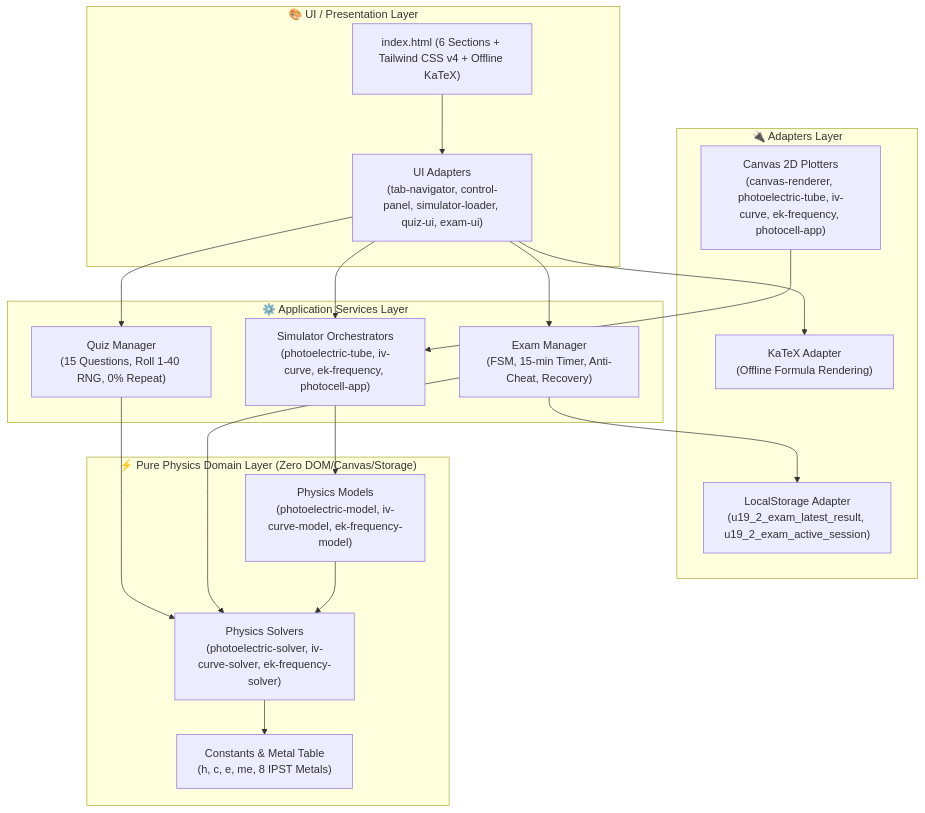
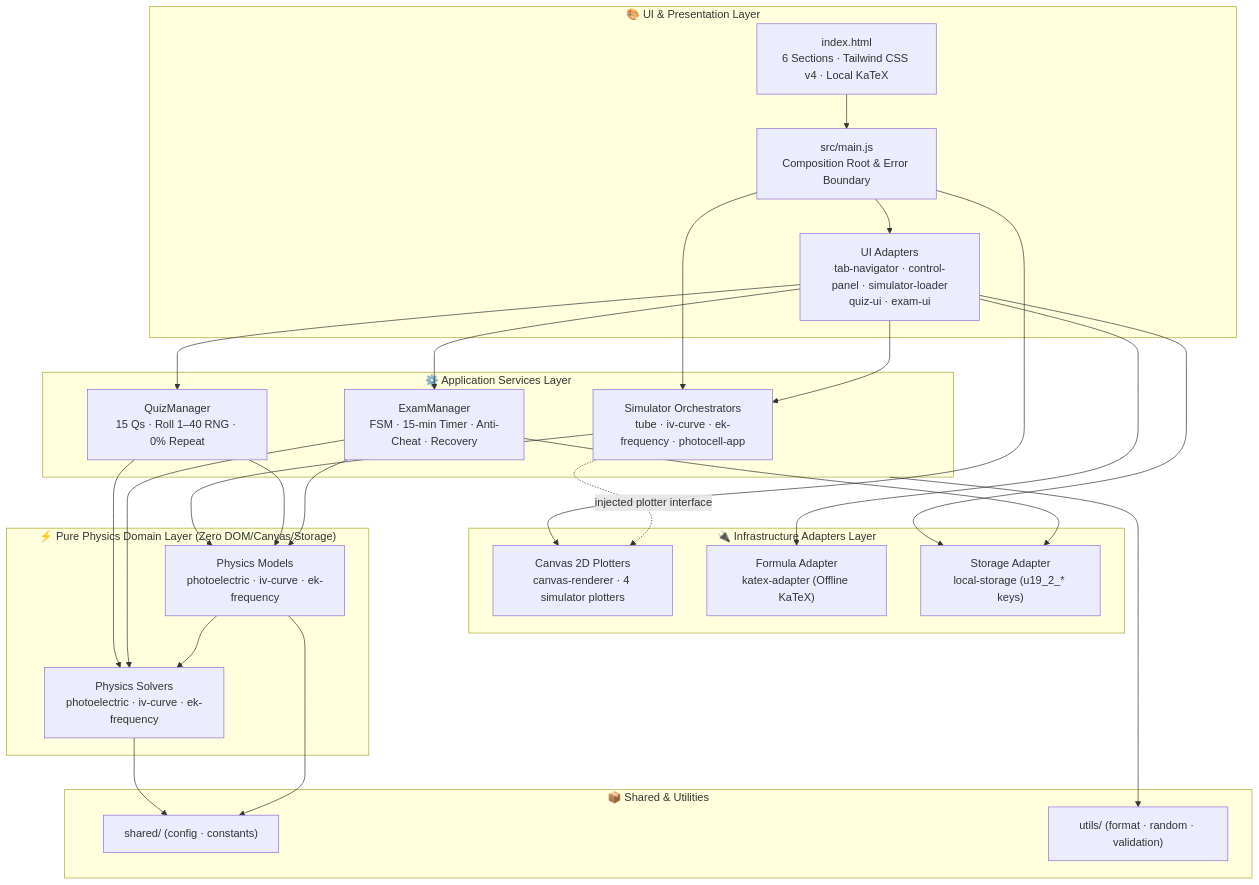
The diagram in README.md (Nopphorn-Somboonchai/Unit-19-Physics-Atom-19.2), drawn with Mermaid before and after one commit. The commit also changed other lines of this file, not shown here.

````diff
--- a/README.md
+++ b/README.md
@@ -128,38 +183,51 @@
 ```mermaid
 flowchart TD
-    subgraph UI_Layer["🎨 UI / Presentation Layer"]
-        HTML["index.html (6 Sections + Tailwind CSS v4 + Offline KaTeX)"]
-        UI_Adapters["UI Adapters\n(tab-navigator, control-panel, simulator-loader, quiz-ui, exam-ui)"]
+    subgraph UI["🎨 UI & Presentation Layer"]
+        HTML["index.html<br/>6 Sections · Tailwind CSS v4 · Local KaTeX"]
+        Main["src/main.js<br/>Composition Root & Error Boundary"]
+        UIAdapters["UI Adapters<br/>tab-navigator · control-panel · simulator-loader<br/>quiz-ui · exam-ui"]
     end
 
-    subgraph Adapters_Layer["🔌 Adapters Layer"]
-        CanvasPlotters["Canvas 2D Plotters\n(canvas-renderer, photoelectric-tube, iv-curve, ek-frequency, photocell-app)"]
-        StorageAdapter["LocalStorage Adapter\n(u19_2_exam_latest_result, u19_2_exam_active_session)"]
-        FormulaAdapter["KaTeX Adapter\n(Offline Formula Rendering)"]
+    subgraph Adapters["🔌 Infrastructure Adapters Layer"]
+        Canvas["Canvas 2D Plotters<br/>canvas-renderer · 4 simulator plotters"]
+        Formula["Formula Adapter<br/>katex-adapter (Offline KaTeX)"]
+        Storage["Storage Adapter<br/>local-storage (u19_2_* keys)"]
     end
 
-    subgraph App_Layer["⚙️ Application Services Layer"]
-        SimOrchestrators["Simulator Orchestrators\n(photoelectric-tube, iv-curve, ek-frequency, photocell-app)"]
-        QuizManager["Quiz Manager\n(15 Questions, Roll 1-40 RNG, 0% Repeat)"]
-        ExamManager["Exam Manager\n(FSM, 15-min Timer, Anti-Cheat, Recovery)"]
+    subgraph App["⚙️ Application Services Layer"]
+        Simulators["Simulator Orchestrators<br/>tube · iv-curve · ek-frequency · photocell-app"]
+        Quiz["QuizManager<br/>15 Qs · Roll 1–40 RNG · 0% Repeat"]
+        Exam["ExamManager<br/>FSM · 15-min Timer · Anti-Cheat · Recovery"]
     end
 
-    subgraph Domain_Layer["⚡ Pure Physics Domain Layer (Zero DOM/Canvas/Storage)"]
-        Solvers["Physics Solvers\n(photoelectric-solver, iv-curve-solver, ek-frequency-solver)"]
-        Models["Physics Models\n(photoelectric-model, iv-curve-model, ek-frequency-model)"]
-        Constants["Constants & Metal Table\n(h, c, e, me, 8 IPST Metals)"]
+    subgraph Domain["⚡ Pure Physics Domain Layer (Zero DOM/Canvas/Storage)"]
+        Models["Physics Models<br/>photoelectric · iv-curve · ek-frequency"]
+        Solvers["Physics Solvers<br/>photoelectric · iv-curve · ek-frequency"]
     end
 
-    HTML --> UI_Adapters
-    UI_Adapters --> SimOrchestrators
-    UI_Adapters --> QuizManager
-    UI_Adapters --> ExamManager
-    UI_Adapters --> FormulaAdapter
-    CanvasPlotters --> SimOrchestrators
-    ExamManager --> StorageAdapter
-    SimOrchestrators --> Models
-    QuizManager --> Solvers
-    ExamManager --> Solvers
+    subgraph Core["📦 Shared & Utilities"]
+        Shared["shared/ (config · constants)"]
+        Utils["utils/ (format · random · validation)"]
+    end
+
+    HTML --> Main
+    Main --> UIAdapters
+    Main --> Canvas
+    Main --> Simulators
+    UIAdapters --> Simulators
+    UIAdapters --> Quiz
+    UIAdapters --> Exam
+    UIAdapters --> Formula
+    UIAdapters --> Storage
+    Simulators -.->|"injected plotter interface"| Canvas
+    Exam --> Storage
+    Simulators --> Models
+    Quiz --> Solvers
+    Quiz --> Models
+    Exam --> Solvers
+    Exam --> Models
     Models --> Solvers
-    Solvers --> Constants
+    Solvers --> Shared
+    Models --> Shared
+    App --> Utils
 ```
````
